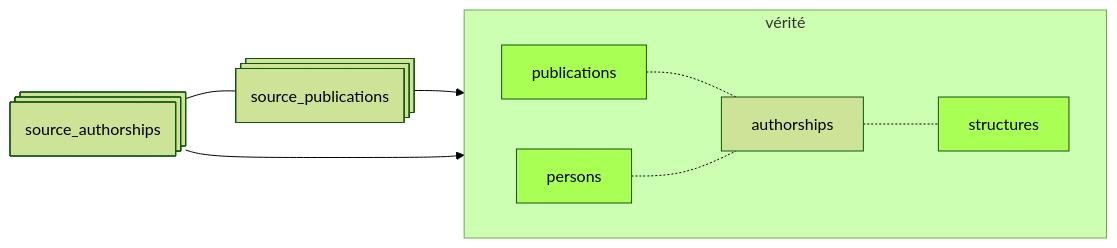
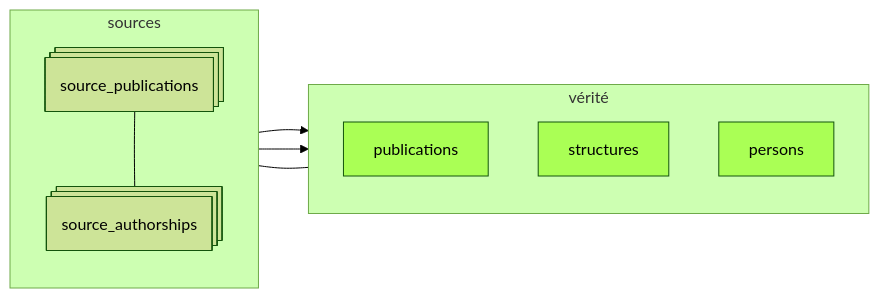
One commit to Y33sha/bibliometrie-uca changed the third of 4 diagrams in docs/pipeline/12-resume.md. Above: the diagram before and after it, drawn with Mermaid (forest theme). The commit also changed other lines of this file and 2 other files, not shown here.

````diff
--- a/docs/pipeline/12-resume.md
+++ b/docs/pipeline/12-resume.md
@@ -35,15 +45,19 @@
 ```mermaid
 flowchart LR
-    D@{ shape: procs, label: "source_publications"}-->A
-    E@{ shape: procs, label: "source_authorships"}---D
-    E-->C
-
     subgraph vérité
-    direction LR
-    A[publications]-.-B[authorships]
-    C[persons]-.-B
-    B-.-F[structures]
+        direction TD
+        publications
+        structures
+        persons
     end
+    subgraph sources
+        direction TD
+        SP@{ shape: procs, label: "source_publications"}---SA@{ shape: procs, label: "source_authorships"}
+    end
+    
+    SP-->publications
+    SA-->persons
+    SA---structures
     classDef valid  fill:#af5
-    class F,A,C valid;
+    class structures,publications,persons valid;
 ```
````
